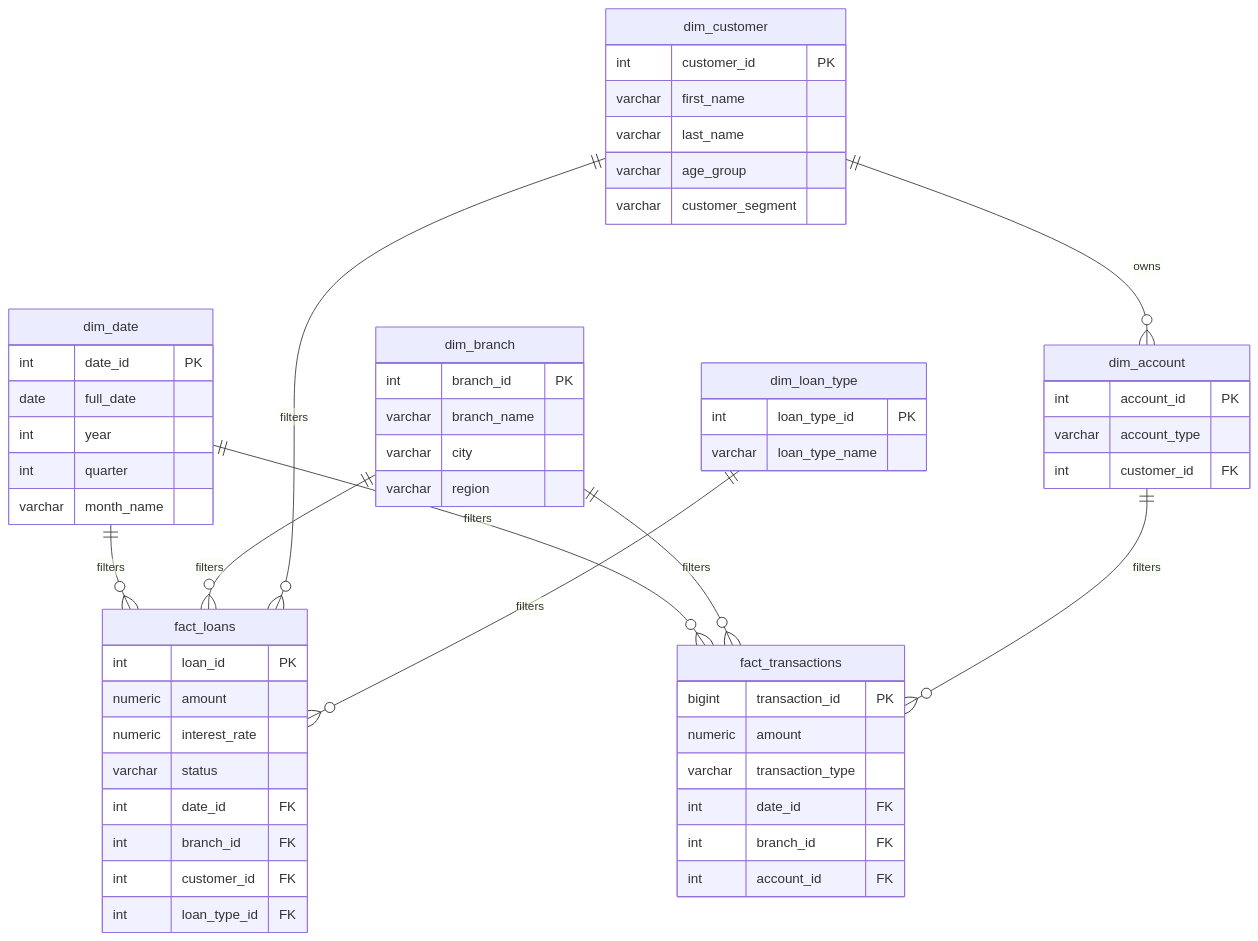
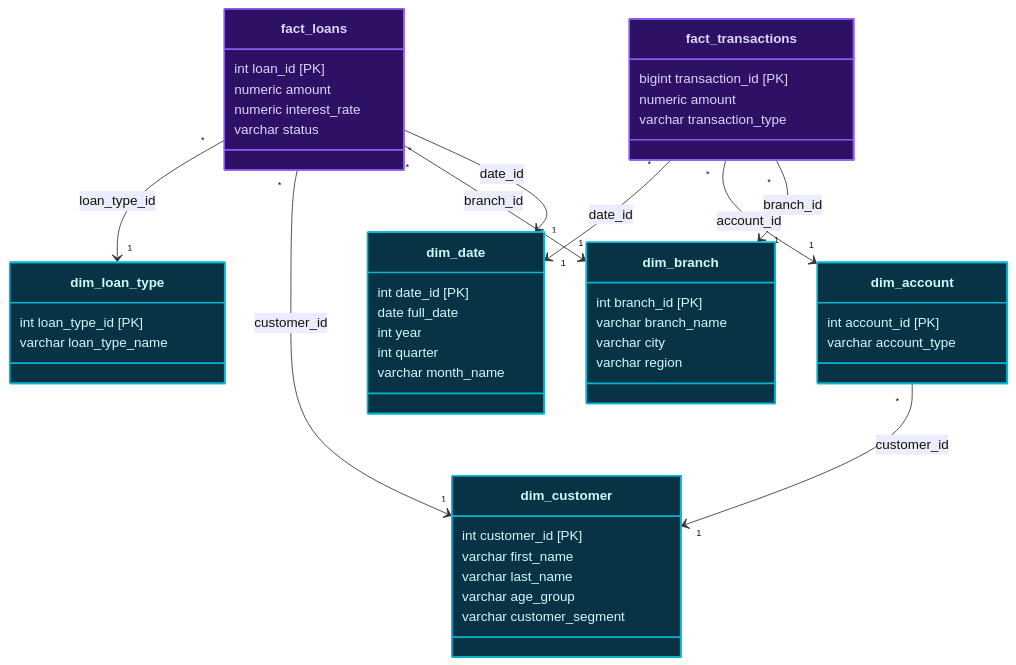
One commit to DhanushPillay/Banking-Analytics-Data-Warehouse changed the second of 2 diagrams in README.md. Above: the diagram before and after it, drawn with Mermaid.

Commit message:
Restore classDiagram styling with improved layout arrangement

````diff
--- a/README.md
+++ b/README.md
@@ -49,70 +49,76 @@
 ```mermaid
-erDiagram
-    %% Fact Tables
-    fact_transactions {
-        bigint transaction_id PK
+classDiagram
+    direction BT
+    
+    %% Fact Tables (Measurements)
+    class fact_transactions {
+        bigint transaction_id [PK]
         numeric amount
         varchar transaction_type
-        int date_id FK
-        int branch_id FK
-        int account_id FK
     }
     
-    fact_loans {
-        int loan_id PK
+    class fact_loans {
+        int loan_id [PK]
         numeric amount
         numeric interest_rate
         varchar status
-        int date_id FK
-        int branch_id FK
-        int customer_id FK
-        int loan_type_id FK
     }
     
-    %% Dimension Tables
-    dim_date {
-        int date_id PK
+    %% Dimension Tables (Context)
+    class dim_date {
+        int date_id [PK]
         date full_date
         int year
         int quarter
         varchar month_name
     }
     
-    dim_branch {
-        int branch_id PK
+    class dim_branch {
+        int branch_id [PK]
         varchar branch_name
         varchar city
         varchar region
     }
     
-    dim_customer {
-        int customer_id PK
+    class dim_customer {
+        int customer_id [PK]
         varchar first_name
         varchar last_name
         varchar age_group
         varchar customer_segment
     }
     
-    dim_account {
-        int account_id PK
+    class dim_account {
+        int account_id [PK]
         varchar account_type
-        int customer_id FK
     }
     
-    dim_loan_type {
-        int loan_type_id PK
+    class dim_loan_type {
+        int loan_type_id [PK]
         varchar loan_type_name
     }
 
-    %% Relationships (One-to-Many Crow's Foot Notation)
-    dim_date ||--o{ fact_transactions : "filters"
-    dim_branch ||--o{ fact_transactions : "filters"
-    dim_account ||--o{ fact_transactions : "filters"
+    %% Relationships (Arranged to minimize crossing lines)
+    dim_date "1" <-- "*" fact_transactions : date_id
+    dim_account "1" <-- "*" fact_transactions : account_id
+    dim_branch "1" <-- "*" fact_transactions : branch_id
     
-    dim_date ||--o{ fact_loans : "filters"
-    dim_branch ||--o{ fact_loans : "filters"
-    dim_customer ||--o{ fact_loans : "filters"
-    dim_loan_type ||--o{ fact_loans : "filters"
+    dim_loan_type "1" <-- "*" fact_loans : loan_type_id
+    dim_customer "1" <-- "*" fact_loans : customer_id
+    dim_branch "1" <-- "*" fact_loans : branch_id
+    dim_date "1" <-- "*" fact_loans : date_id
     
-    dim_customer ||--o{ dim_account : "owns"
+    dim_customer "1" <-- "*" dim_account : customer_id
+
+    %% Aesthetic Premium Styling
+    %% Facts: Deep Violet background with vibrant Purple border
+    style fact_transactions fill:#2e1065,stroke:#8b5cf6,stroke-width:2px,color:#ddd6fe
+    style fact_loans fill:#2e1065,stroke:#8b5cf6,stroke-width:2px,color:#ddd6fe
+    
+    %% Dimensions: Deep Cyan background with vibrant Cyan border
+    style dim_date fill:#083344,stroke:#06b6d4,stroke-width:2px,color:#cffafe
+    style dim_branch fill:#083344,stroke:#06b6d4,stroke-width:2px,color:#cffafe
+    style dim_customer fill:#083344,stroke:#06b6d4,stroke-width:2px,color:#cffafe
+    style dim_account fill:#083344,stroke:#06b6d4,stroke-width:2px,color:#cffafe
+    style dim_loan_type fill:#083344,stroke:#06b6d4,stroke-width:2px,color:#cffafe
 ```
````
